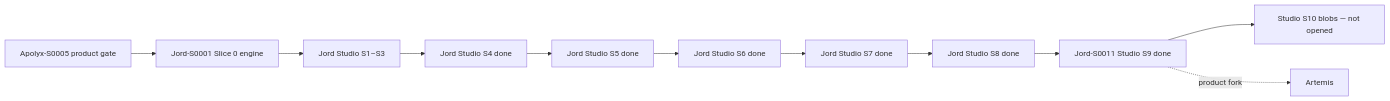
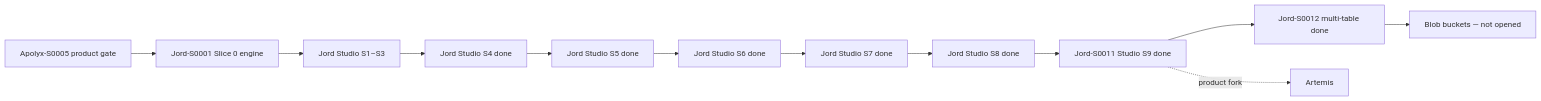
The diagram in Docs/plan/00-roadmap-apolyx-jord-artemis.md (samtheory/altr.lab.turbo.v2), drawn with Mermaid before and after one commit. The commit also changed other lines of this file and 40 other files, not shown here.

````diff
--- a/Docs/plan/00-roadmap-apolyx-jord-artemis.md
+++ b/Docs/plan/00-roadmap-apolyx-jord-artemis.md
@@ -24,13 +25,14 @@
 ```mermaid
 flowchart LR
   A5[Apolyx-S0005 product gate] --> J0[Jord-S0001 Slice 0 engine]
   J0 --> JS1[Jord Studio S1–S3]
   JS1 --> JS4[Jord Studio S4 done]
   JS4 --> JS5[Jord Studio S5 done]
   JS5 --> JS6[Jord Studio S6 done]
   JS6 --> JS7[Jord Studio S7 done]
   JS7 --> JS8[Jord Studio S8 done]
   JS8 --> JS9[Jord-S0011 Studio S9 done]
-  JS9 --> S10[Studio S10 blobs — not opened]
+  JS9 --> S12[Jord-S0012 multi-table done]
+  S12 --> Blobs[Blob buckets — not opened]
   JS9 -.->|product fork| Art[Artemis]
 ```
````
